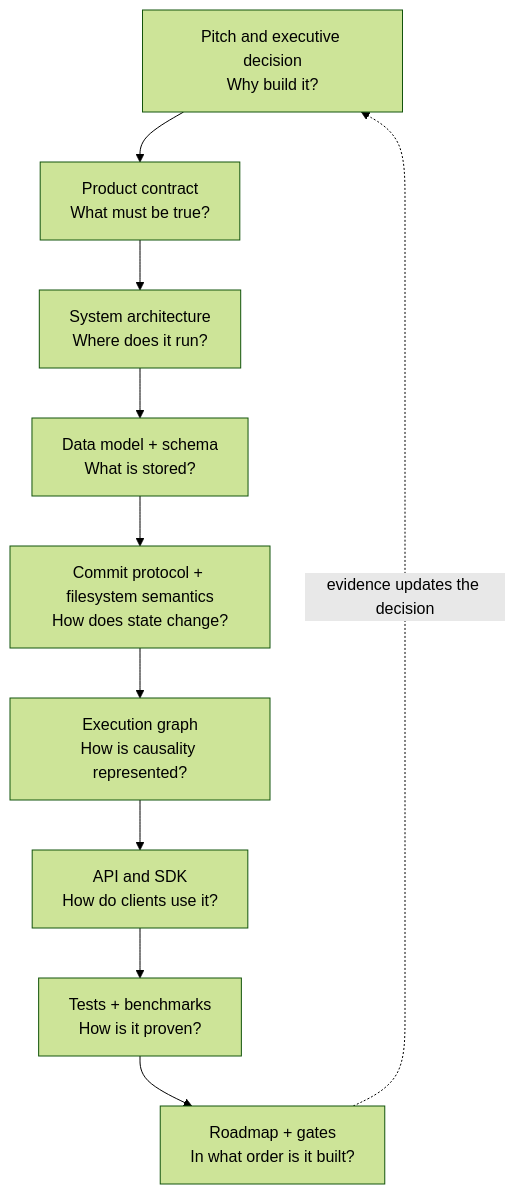
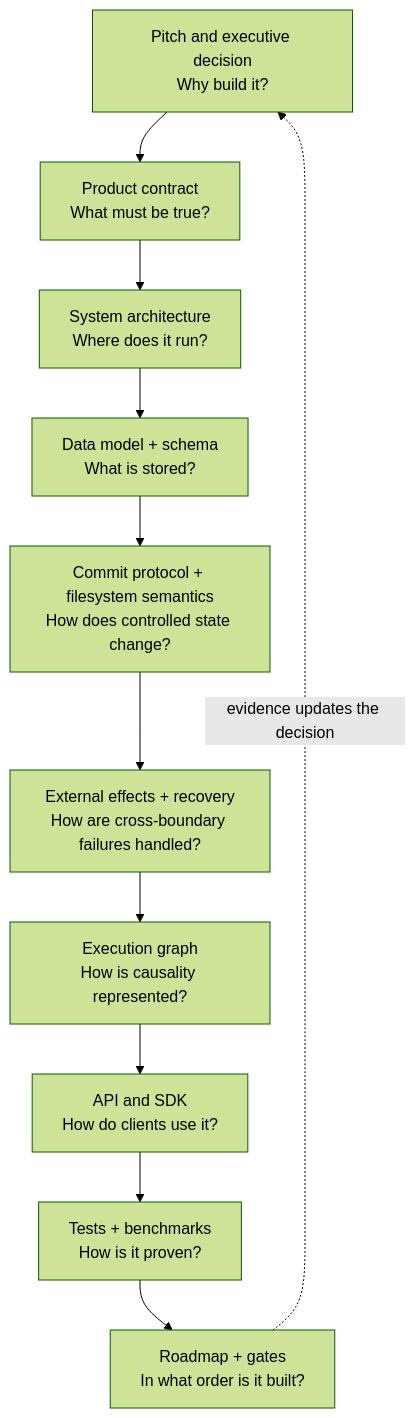
One commit to surrealdb-dev/surrealfs changed the first of 2 diagrams in docs/README.md. Above: the diagram before and after it, drawn with Mermaid (forest theme). The commit also changed other lines of this file and 23 other files, not shown here.

````diff
--- a/docs/README.md
+++ b/docs/README.md
@@ -56,12 +60,13 @@
 ```mermaid
 flowchart TB
     P["Pitch and executive decision\nWhy build it?"] --> C["Product contract\nWhat must be true?"]
     C --> A["System architecture\nWhere does it run?"]
     A --> D["Data model + schema\nWhat is stored?"]
-    D --> M["Commit protocol + filesystem semantics\nHow does state change?"]
-    M --> G["Execution graph\nHow is causality represented?"]
+    D --> M["Commit protocol + filesystem semantics\nHow does controlled state change?"]
+    M --> E["External effects + recovery\nHow are cross-boundary failures handled?"]
+    E --> G["Execution graph\nHow is causality represented?"]
     G --> I["API and SDK\nHow do clients use it?"]
     I --> T["Tests + benchmarks\nHow is it proven?"]
     T --> R["Roadmap + gates\nIn what order is it built?"]
     R -. "evidence updates the decision" .-> P
 ```
````
